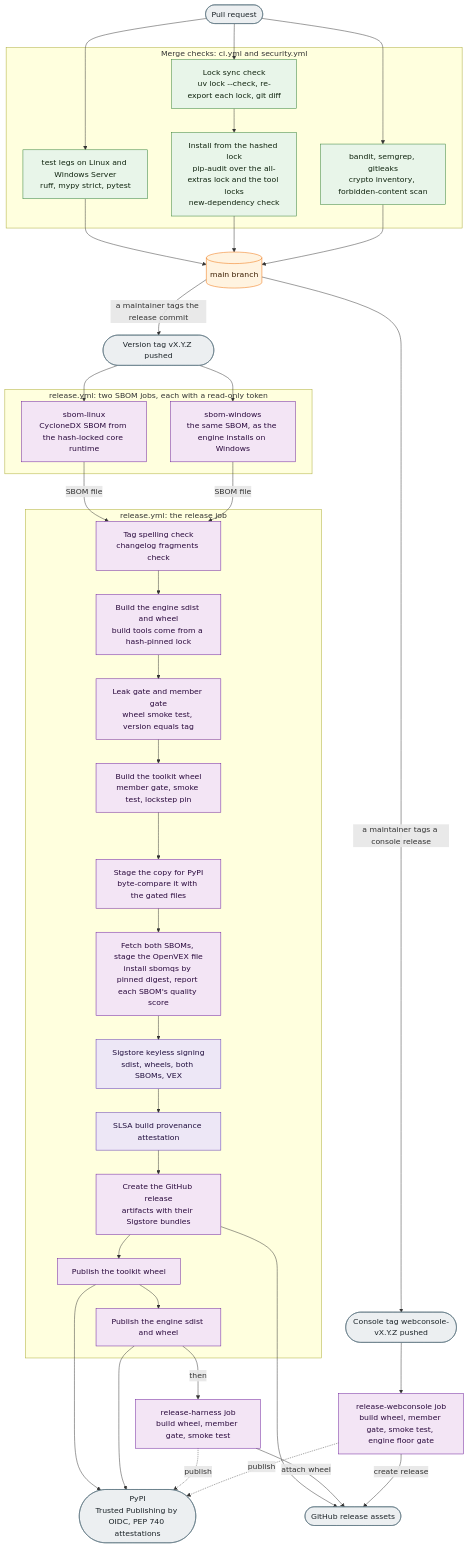
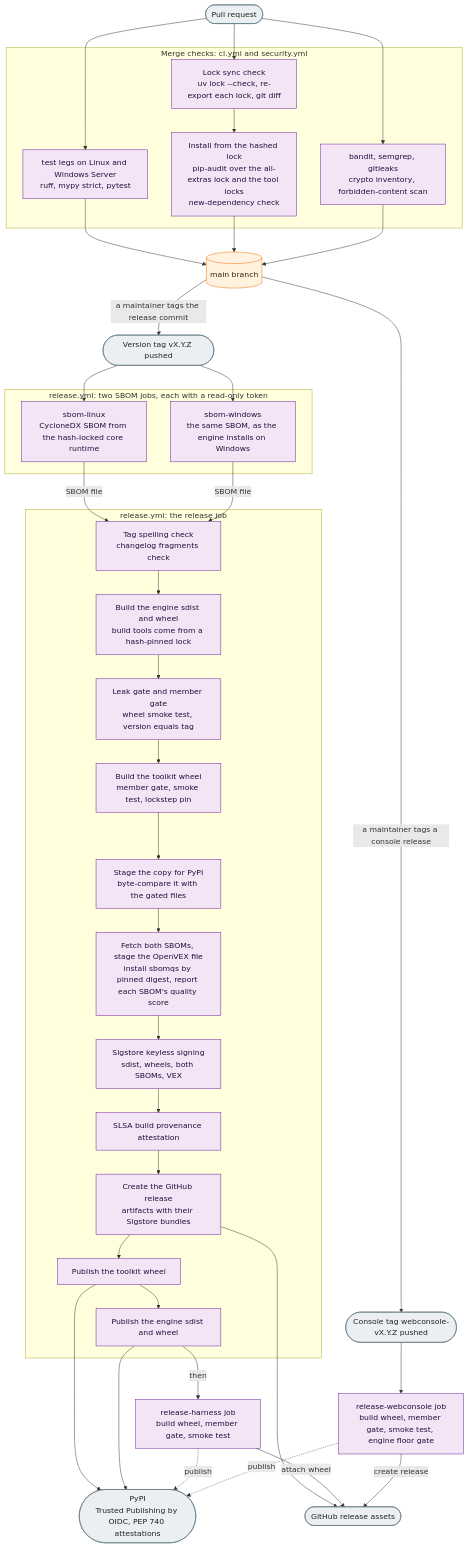
One commit to MEFORORG/MessageFoundry changed the diagram in docs/SUPPLY-CHAIN.md. Above: the diagram before and after it, drawn with Mermaid. The commit also changed other lines of this file and 2 other files, not shown here.

Commit message:
docs(diagrams): apply code-review round two to the three new diagrams
Promotion flow: move the Place step out of the promote-command group,
say Stage validates the workspace copy, mark that the gate reads one
environment's values, and put step-up on the pre-flight too.

Supply chain: scope the one-identity note to the release job, and say
the merge checks group is not the full set. Palette classes now match
their meaning in docs/architecture-diagram.md.

Proposed PR title: docs: add release chain, promotion flow and package map diagrams
Proposed ledger banner: SHIPPED - build and release chain diagram, promotion flow diagram (dev to staging to prod), package map diagram

````diff
--- a/docs/SUPPLY-CHAIN.md
+++ b/docs/SUPPLY-CHAIN.md
@@ -18,79 +18,77 @@
 ```mermaid
 flowchart TB
-  classDef core fill:#e8f5e9,stroke:#2e7d32,color:#10240f;
-  classDef api fill:#ede7f6,stroke:#5e35b1,color:#22103f;
   classDef store fill:#fff3e0,stroke:#ef6c00,color:#3a1d00;
   classDef ext fill:#eceff1,stroke:#546e7a,color:#1c2429;
   classDef build fill:#f3e5f5,stroke:#6a1b9a,color:#2a0a3d;
 
   PR(["Pull request"]):::ext
 
   subgraph CHECKS["Merge checks: ci.yml and security.yml"]
-    TESTS["test legs on Linux and Windows Server<br/>ruff, mypy strict, pytest"]:::core
-    LOCKS["Lock sync check<br/>uv lock --check, re-export each lock, git diff"]:::core
-    AUDIT["Install from the hashed lock<br/>pip-audit over the all-extras lock and the tool locks<br/>new-dependency check"]:::core
-    SAST["bandit, semgrep, gitleaks<br/>crypto inventory, forbidden-content scan"]:::core
+    TESTS["test legs on Linux and Windows Server<br/>ruff, mypy strict, pytest"]:::build
+    LOCKS["Lock sync check<br/>uv lock --check, re-export each lock, git diff"]:::build
+    AUDIT["Install from the hashed lock<br/>pip-audit over the all-extras lock and the tool locks<br/>new-dependency check"]:::build
+    SAST["bandit, semgrep, gitleaks<br/>crypto inventory, forbidden-content scan"]:::build
   end
 
   MAIN[("main branch")]:::store
   TAG(["Version tag vX.Y.Z pushed"]):::ext
 
   subgraph SBOMS["release.yml: two SBOM jobs, each with a read-only token"]
     SBL["sbom-linux<br/>CycloneDX SBOM from the hash-locked core runtime"]:::build
     SBW["sbom-windows<br/>the same SBOM, as the engine installs on Windows"]:::build
   end
 
   subgraph RELJOB["release.yml: the release job"]
     PRE["Tag spelling check<br/>changelog fragments check"]:::build
     BUILD["Build the engine sdist and wheel<br/>build tools come from a hash-pinned lock"]:::build
     GATE["Leak gate and member gate<br/>wheel smoke test, version equals tag"]:::build
     TKIT["Build the toolkit wheel<br/>member gate, smoke test, lockstep pin"]:::build
     STAGE["Stage the copy for PyPI<br/>byte-compare it with the gated files"]:::build
     SBOMIN["Fetch both SBOMs, stage the OpenVEX file<br/>install sbomqs by pinned digest, report each SBOM's quality score"]:::build
-    SIGN["Sigstore keyless signing<br/>sdist, wheels, both SBOMs, VEX"]:::api
-    SLSA["SLSA build provenance attestation"]:::api
+    SIGN["Sigstore keyless signing<br/>sdist, wheels, both SBOMs, VEX"]:::build
+    SLSA["SLSA build provenance attestation"]:::build
     GHREL["Create the GitHub release<br/>artifacts with their Sigstore bundles"]:::build
     PUBTK["Publish the toolkit wheel"]:::build
     PUBENG["Publish the engine sdist and wheel"]:::build
   end
 
   HARN["release-harness job<br/>build wheel, member gate, smoke test"]:::build
   TAGW(["Console tag webconsole-vX.Y.Z pushed"]):::ext
   WEB["release-webconsole job<br/>build wheel, member gate, smoke test, engine floor gate"]:::build
 
   GH(["GitHub release assets"]):::ext
   PYPI(["PyPI<br/>Trusted Publishing by OIDC, PEP 740 attestations"]):::ext
 
   PR --> TESTS
   PR --> LOCKS
   PR --> SAST
   LOCKS --> AUDIT
   TESTS --> MAIN
   AUDIT --> MAIN
   SAST --> MAIN
   MAIN -->|"a maintainer tags the release commit"| TAG
   TAG --> SBL
   TAG --> SBW
   SBL -->|"SBOM file"| PRE
   SBW -->|"SBOM file"| PRE
   PRE --> BUILD
   BUILD --> GATE
   GATE --> TKIT
   TKIT --> STAGE
   STAGE --> SBOMIN
   SBOMIN --> SIGN
   SIGN --> SLSA
   SLSA --> GHREL
   GHREL --> PUBTK
   PUBTK --> PUBENG
   GHREL --> GH
   PUBTK --> PYPI
   PUBENG --> PYPI
   PUBENG -->|"then"| HARN
   HARN -->|"attach wheel"| GH
   HARN -.->|"publish"| PYPI
   MAIN -->|"a maintainer tags a console release"| TAGW
   TAGW --> WEB
   WEB -->|"create release"| GH
   WEB -.->|"publish"| PYPI
 ```
````
